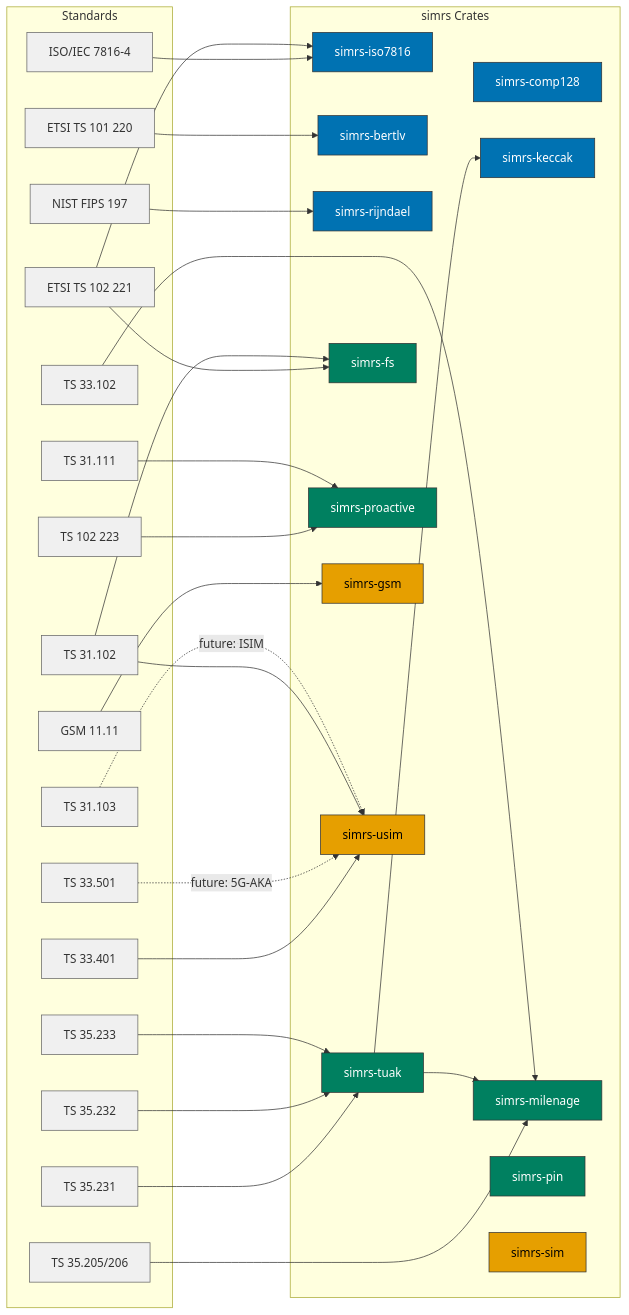
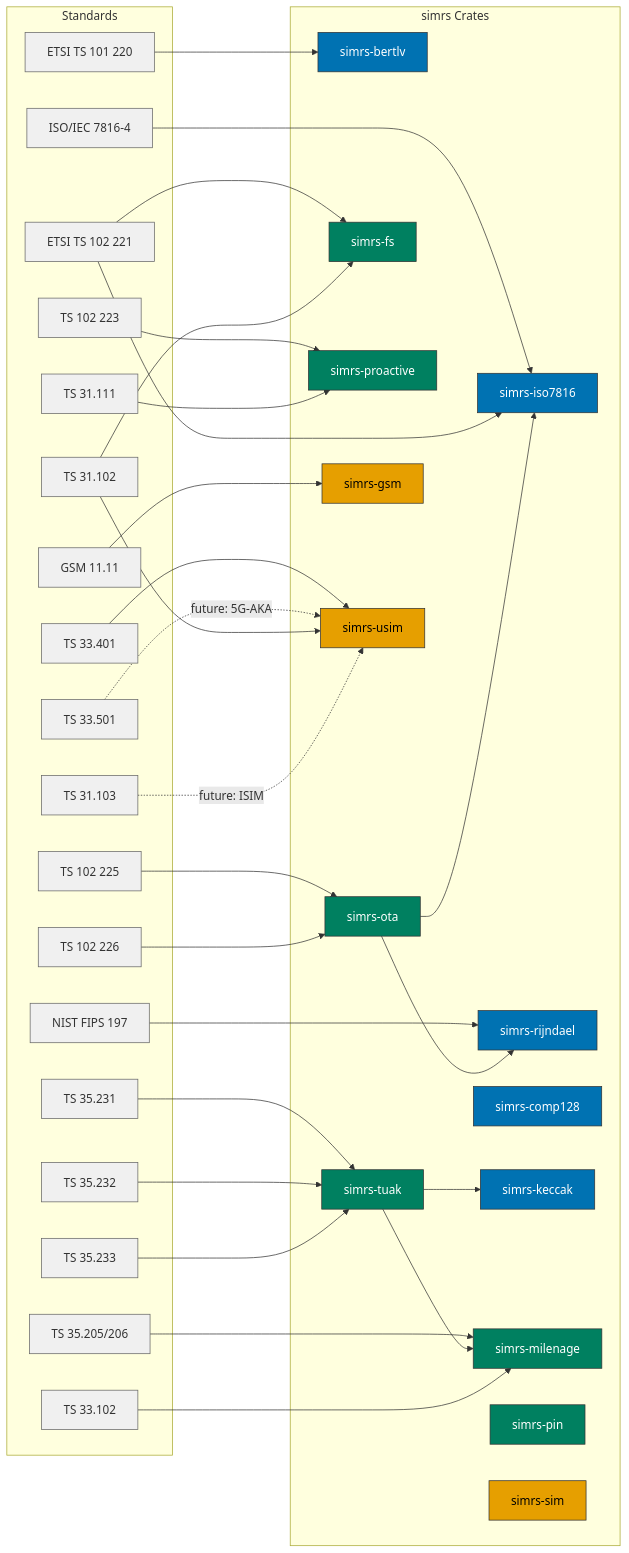
One commit to jaesharp/simrs changed the diagram in docs/standards/README.md. Above: the diagram before and after it, drawn with Mermaid. The commit also changed other lines of this file and 1 other file, not shown here.

````diff
--- a/docs/standards/README.md
+++ b/docs/standards/README.md
@@ -19,68 +19,75 @@
 ```mermaid
 graph LR
     subgraph standards ["Standards"]
         S1["ISO/IEC 7816-4"]
         S2["ETSI TS 102 221"]
         S3["ETSI TS 101 220"]
         S4["NIST FIPS 197"]
         S5["TS 35.205/206"]
         S6["TS 35.231"]
         S7["TS 33.102"]
         S8["TS 33.401"]
         S9["TS 33.501"]
         S10["TS 31.102"]
         S11["TS 31.103"]
         S12["TS 102 223"]
         S13["TS 31.111"]
         S14["GSM 11.11"]
         S15["TS 35.232"]
         S16["TS 35.233"]
+        S17["TS 102 225"]
+        S18["TS 102 226"]
     end
 
     subgraph crates ["simrs Crates"]
         ISO["simrs-iso7816"]
         BER["simrs-bertlv"]
         RIJ["simrs-rijndael"]
         C128["simrs-comp128"]
         KEC["simrs-keccak"]
         MIL["simrs-milenage"]
         TUAK["simrs-tuak"]
         FS["simrs-fs"]
         PIN["simrs-pin"]
         PRO["simrs-proactive"]
+        OTA["simrs-ota"]
         GSM["simrs-gsm"]
         USIM["simrs-usim"]
         SIM["simrs-sim"]
     end
 
     S1 --> ISO
     S2 --> ISO
     S2 --> FS
     S3 --> BER
     S4 --> RIJ
     S5 --> MIL
     S6 --> TUAK
     S15 --> TUAK
     S16 --> TUAK
     TUAK --> KEC
     TUAK --> MIL
     S7 --> MIL
     S8 --> USIM
     S9 -.->|"future: 5G-AKA"| USIM
     S10 --> USIM
     S10 --> FS
     S11 -.->|"future: ISIM"| USIM
     S12 --> PRO
     S13 --> PRO
     S14 --> GSM
+    S17 --> OTA
+    S18 --> OTA
+    OTA --> RIJ
+    OTA --> ISO
 
     classDef foundation fill:#0072B2,stroke:#333,color:#fff
     classDef composition fill:#008060,stroke:#333,color:#fff
     classDef application fill:#E69F00,stroke:#333,color:#000
     classDef std fill:#F0F0F0,stroke:#666,color:#333
 
     class ISO,BER,RIJ,C128,KEC foundation
-    class MIL,TUAK,FS,PIN,PRO composition
+    class MIL,TUAK,FS,PIN,PRO,OTA composition
     class GSM,USIM,SIM application
-    class S1,S2,S3,S4,S5,S6,S7,S8,S9,S10,S11,S12,S13,S14,S15,S16 std
+    class S1,S2,S3,S4,S5,S6,S7,S8,S9,S10,S11,S12,S13,S14,S15,S16,S17,S18 std
 ```
````
